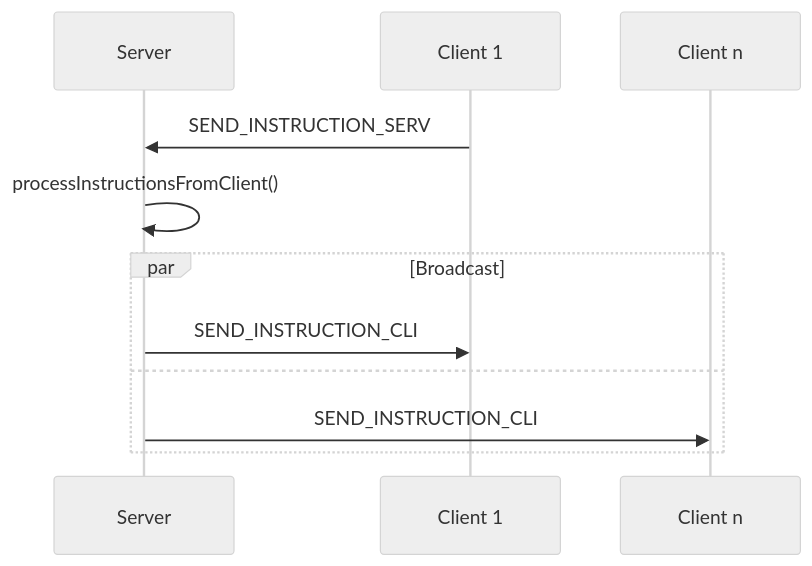
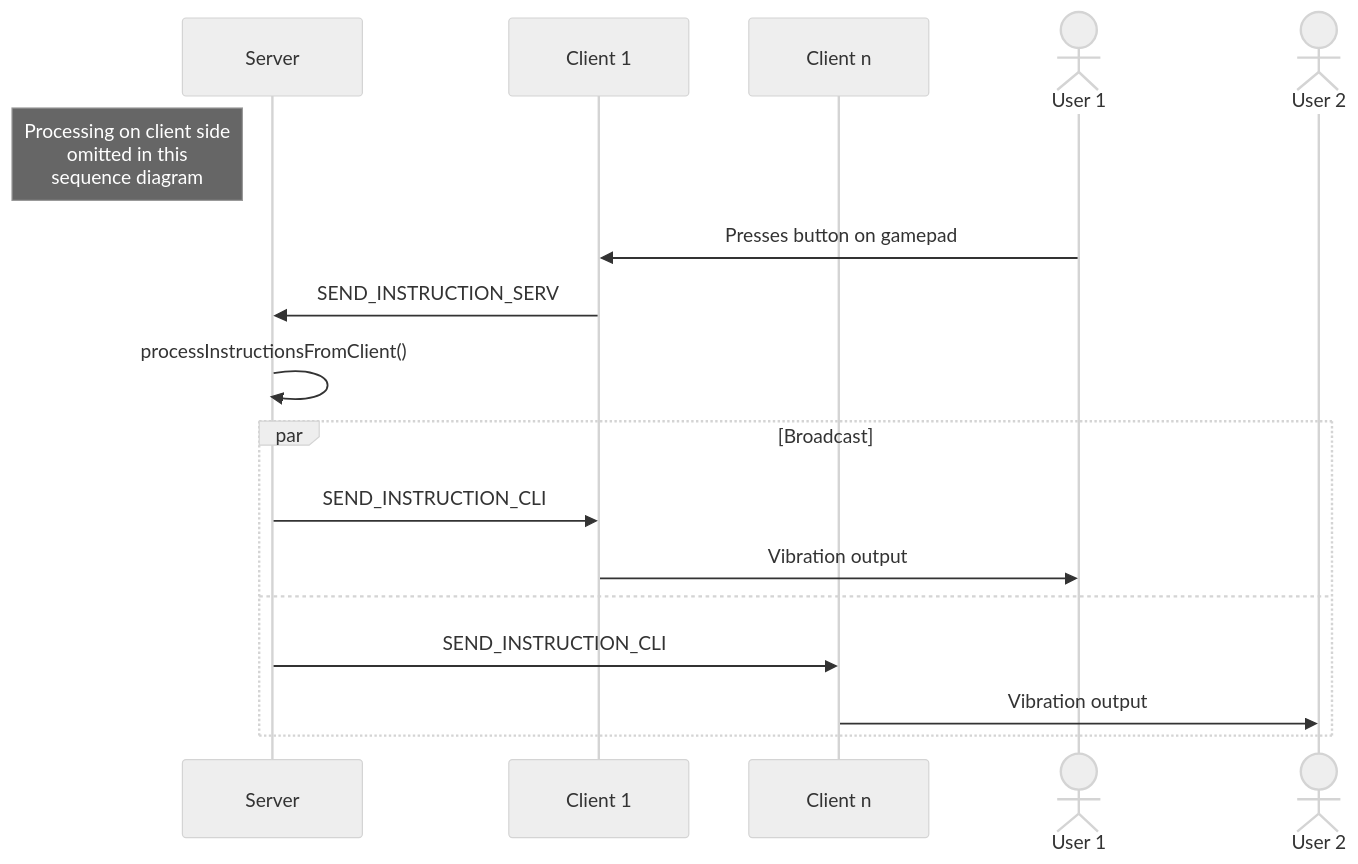
The second of 4 diagrams in doc/CODE.md (TactileVision/CollabJam), drawn with Mermaid (neutral theme) before and after one commit. The commit also changed other lines of this file and 1 other file, not shown here.

Commit message:
doc: Added diagrams and info about jamming, rooms and tacton jsons

````diff
--- a/doc/CODE.md
+++ b/doc/CODE.md
@@ -13,14 +41,20 @@
 ```mermaid
 sequenceDiagram
     participant s as Server
     participant c1 as Client 1
     participant c2 as Client n
 
+    Note left of s: Processing on client side<br>omitted in this<br>sequence diagram
+    actor u1 as User 1
+    actor u2 as User 2
+    u1->>c1: Presses button on gamepad
     c1->>s: SEND_INSTRUCTION_SERV
     s->>s: processInstructionsFromClient()
     par Broadcast
       s->>c1: SEND_INSTRUCTION_CLI
+      c1->>u1: Vibration output
     and 
       s->>c2: SEND_INSTRUCTION_CLI
+      c2->>u2: Vibration output
     end
 ```
````
